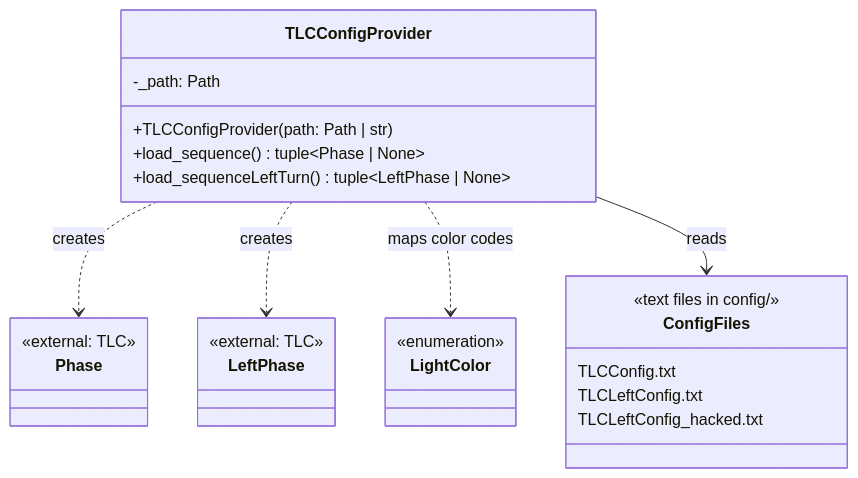
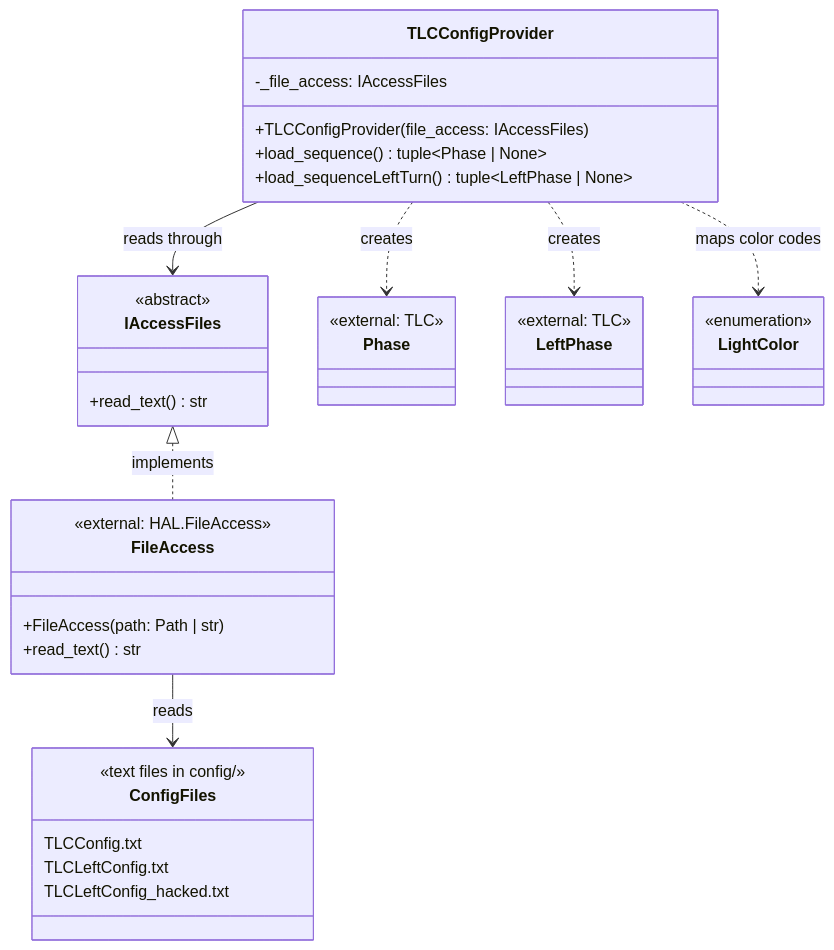
Before and after one commit to fullSoftwareAlchemist/TrafficLightController: the diagram in Design/TLCConfigProvider_ClassDiagram.md, drawn with Mermaid. The commit also changed other lines of this file and 5 other files, not shown here.

````diff
--- a/Design/TLCConfigProvider_ClassDiagram.md
+++ b/Design/TLCConfigProvider_ClassDiagram.md
@@ -3,33 +3,46 @@
 ```mermaid
 classDiagram
     class TLCConfigProvider {
-        -_path: Path
-        +TLCConfigProvider(path: Path | str)
+        -_file_access: IAccessFiles
+        +TLCConfigProvider(file_access: IAccessFiles)
         +load_sequence() tuple~Phase | None~
         +load_sequenceLeftTurn() tuple~LeftPhase | None~
+    }
+
+    class IAccessFiles {
+        <<abstract>>
+        +read_text() str
+    }
+
+    class FileAccess {
+        <<external: HAL.FileAccess>>
+        +FileAccess(path: Path | str)
+        +read_text() str
     }
 
     class Phase {
         <<external: TLC>>
     }
 
     class LeftPhase {
         <<external: TLC>>
     }
 
     class LightColor {
         <<enumeration>>
     }
 
     class ConfigFiles {
         <<text files in config/>>
         TLCConfig.txt
         TLCLeftConfig.txt
         TLCLeftConfig_hacked.txt
     }
 
     TLCConfigProvider ..> Phase : creates
     TLCConfigProvider ..> LeftPhase : creates
     TLCConfigProvider ..> LightColor : maps color codes
-    TLCConfigProvider --> ConfigFiles : reads
+    TLCConfigProvider --> IAccessFiles : reads through
+    IAccessFiles <|.. FileAccess : implements
+    FileAccess --> ConfigFiles : reads
 ```
````
